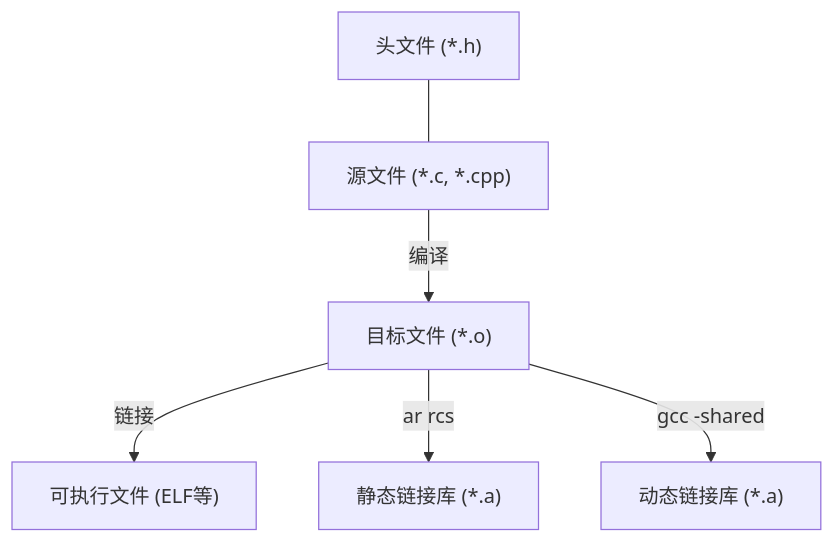
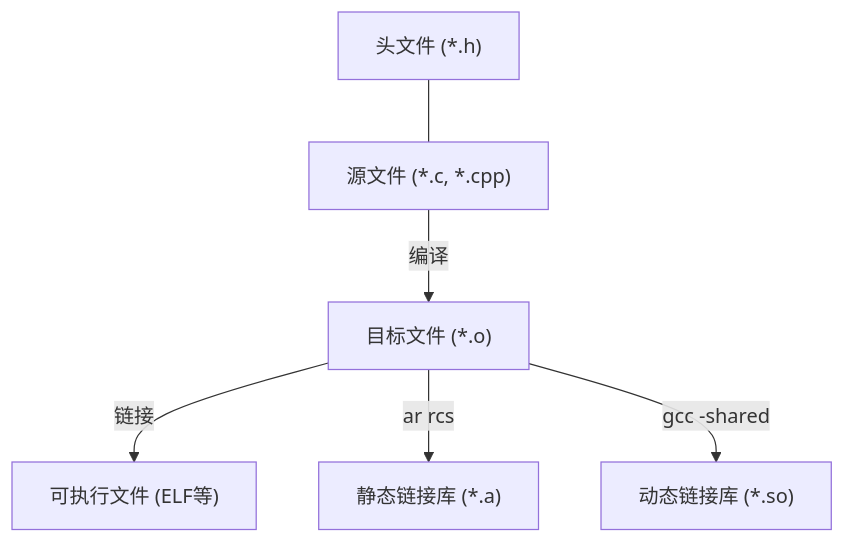
The first of 2 diagrams in docs/dev/library.md (ustclug/Linux201-docs), drawn with Mermaid before and after one commit. The commit also changed other lines of this file, not shown here.

````diff
--- a/docs/dev/library.md
+++ b/docs/dev/library.md
@@ -25,9 +25,9 @@
 ```mermaid
 flowchart TD
 
 source["源文件 (*.c, *.cpp)"] -->|编译| target["目标文件 (*.o)"]
 header["头文件 (*.h)"] --- source
 target -->|链接| executable["可执行文件 (ELF等)"]
 target -->|ar rcs| staticlib["静态链接库 (*.a)"]
-target -->|gcc -shared| dynamiclib["动态链接库 (*.a)"]
+target -->|gcc -shared| dynamiclib["动态链接库 (*.so)"]
 ```
````
